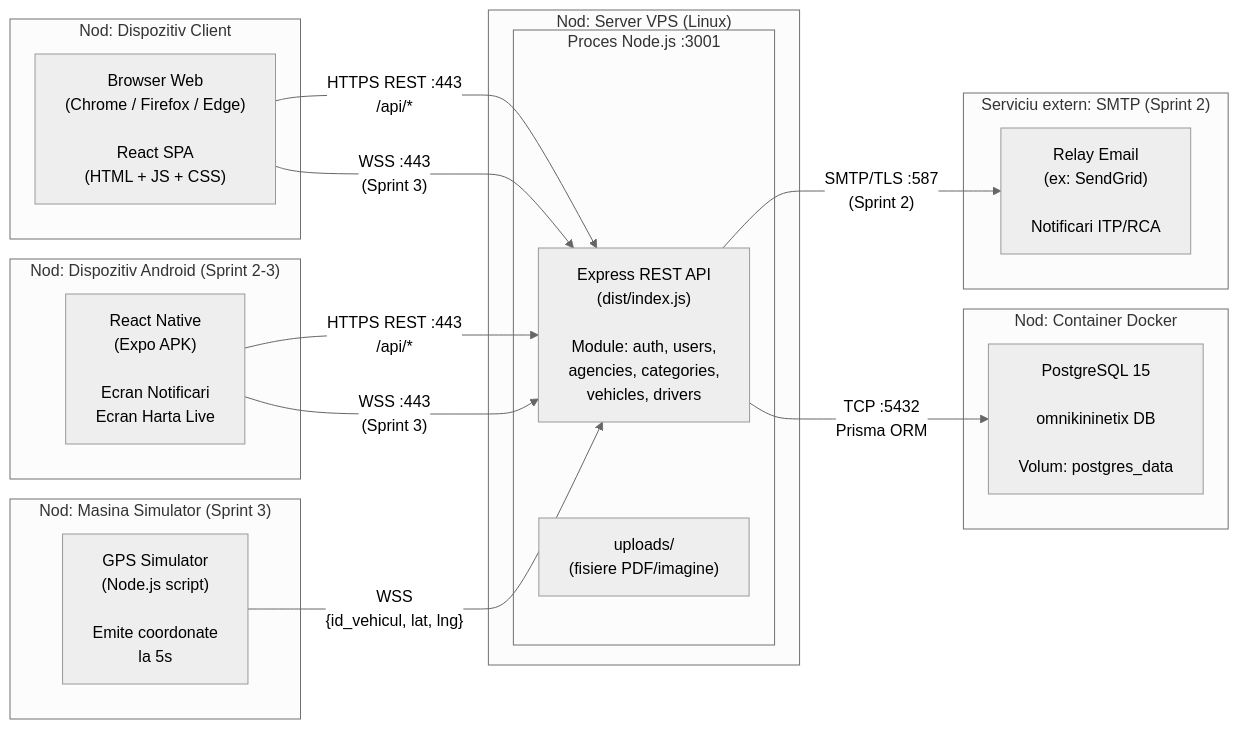
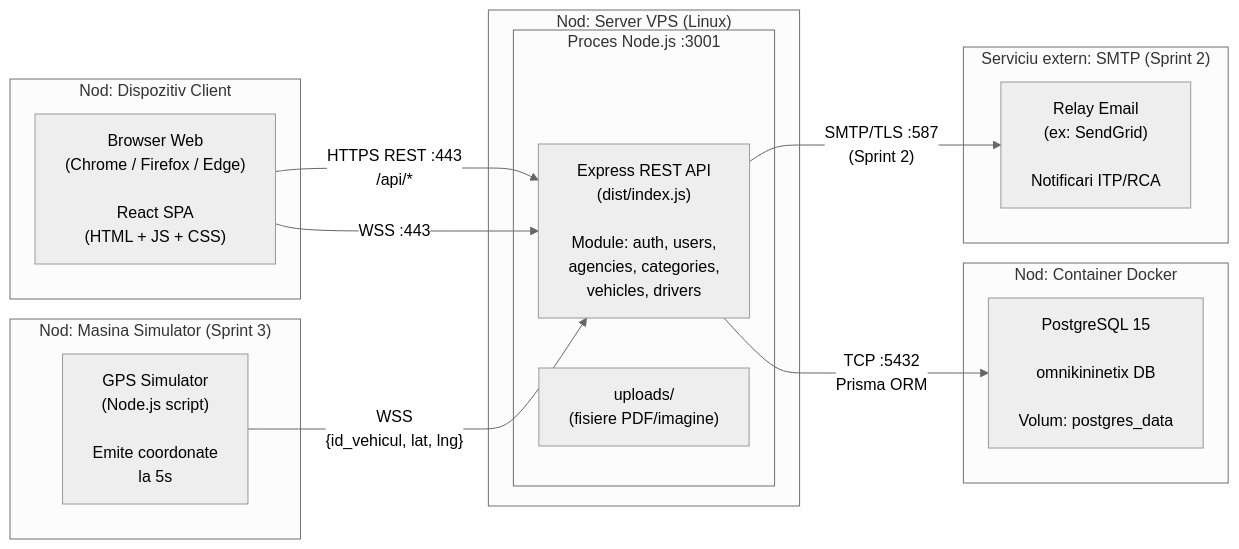
Before and after one commit to irynuka1/Fleet-Manager: the third of 5 diagrams in docs/proiectare-arhitecturala.md, drawn with Mermaid (neutral theme). The commit also changed other lines of this file and 42 other files, not shown here.

````diff
--- a/docs/proiectare-arhitecturala.md
+++ b/docs/proiectare-arhitecturala.md
@@ -386,37 +367,31 @@
 ```mermaid
 flowchart LR
     subgraph ClientNode ["Nod: Dispozitiv Client"]
         Browser["Browser Web\n(Chrome / Firefox / Edge)\n\nReact SPA\n(HTML + JS + CSS)"]
-    end
-
-    subgraph MobileNode ["Nod: Dispozitiv Android (Sprint 2-3)"]
-        MobileApp["React Native\n(Expo APK)\n\nEcran Notificari\nEcran Harta Live"]
     end
 
     subgraph VPS ["Nod: Server VPS (Linux)"]
         subgraph NodeProcess ["Proces Node.js :3001"]
             ExpressAPI["Express REST API\n(dist/index.js)\n\nModule: auth, users,\nagencies, categories,\nvehicles, drivers"]
             Uploads["uploads/\n(fisiere PDF/imagine)"]
         end
     end
 
     subgraph DBNode ["Nod: Container Docker"]
         Postgres["PostgreSQL 15\n\nomnikininetix DB\n\nVolum: postgres_data"]
     end
 
     subgraph SimNode ["Nod: Masina Simulator (Sprint 3)"]
         GPSSim["GPS Simulator\n(Node.js script)\n\nEmite coordonate\nla 5s"]
     end
 
     subgraph SMTPNode ["Serviciu extern: SMTP (Sprint 2)"]
         SMTP["Relay Email\n(ex: SendGrid)\n\nNotificari ITP/RCA"]
     end
 
     Browser -->|"HTTPS REST :443\n/api/*"| ExpressAPI
-    Browser -->|"WSS :443\n(Sprint 3)"| ExpressAPI
-    MobileApp -->|"HTTPS REST :443\n/api/*"| ExpressAPI
-    MobileApp -->|"WSS :443\n(Sprint 3)"| ExpressAPI
+    Browser -->|"WSS :443"| ExpressAPI
     ExpressAPI -->|"TCP :5432\nPrisma ORM"| Postgres
     GPSSim -->|"WSS\n{id_vehicul, lat, lng}"| ExpressAPI
     ExpressAPI -->|"SMTP/TLS :587\n(Sprint 2)"| SMTP
 ```
````
